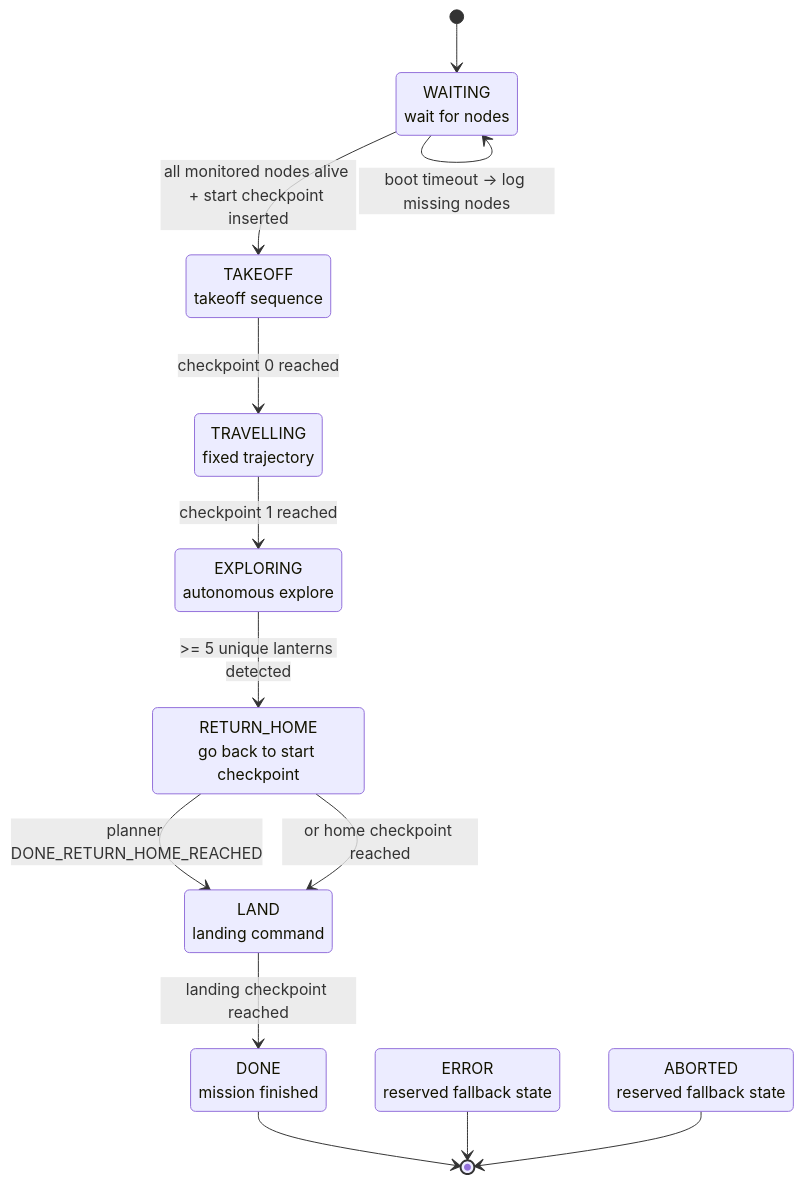
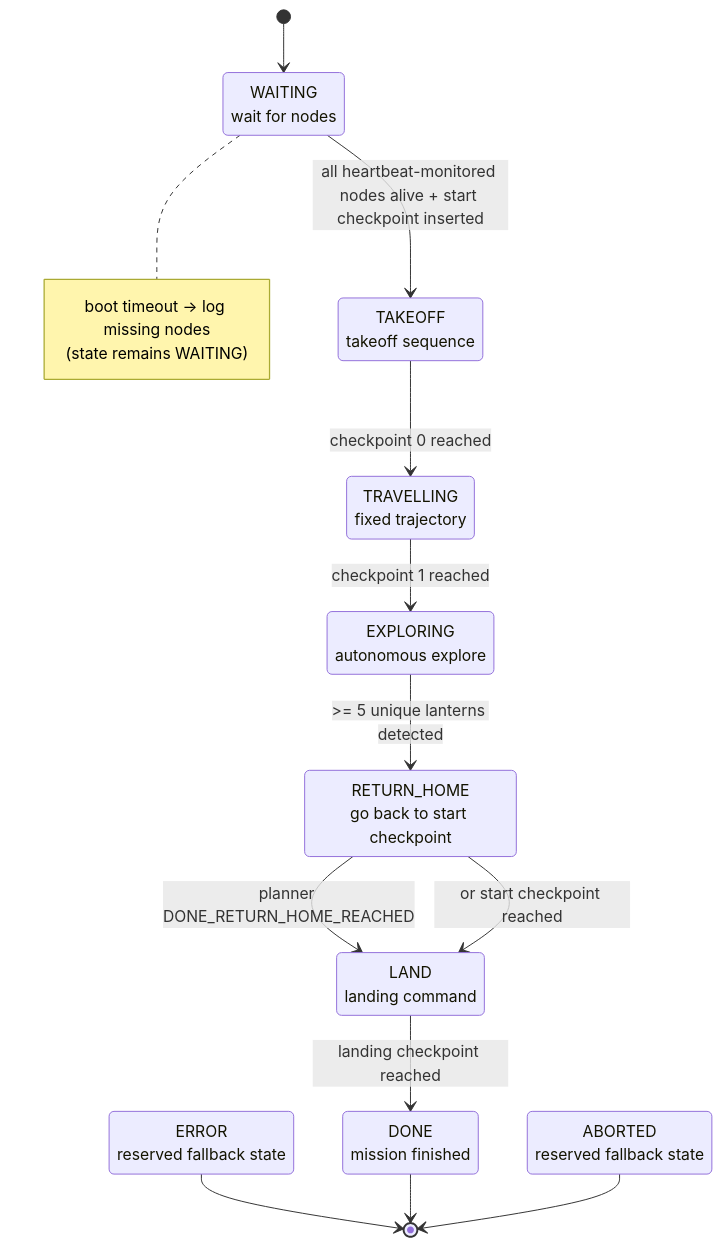
Before and after one commit to lkitzbichler/Autonomous-Systems-Sub-Terrain-Challenge-GR04: the fourth of 4 diagrams in README.md, drawn with Mermaid. The commit also changed 3 other files, not shown here.

Commit message:
update README state diagram and add docs/state_diagram.mmd aligned with statemachine logic

````diff
--- a/README.md
+++ b/README.md
@@ -545,27 +545,30 @@
 ```mermaid
 stateDiagram-v2
   state "WAITING<br>wait for nodes" as WAITING
   state "TAKEOFF<br>takeoff sequence" as TAKEOFF
   state "TRAVELLING<br>fixed trajectory" as TRAVELLING
   state "EXPLORING<br>autonomous explore" as EXPLORING
   state "RETURN_HOME<br>go back to start checkpoint" as RETURN_HOME
   state "LAND<br>landing command" as LAND
+  state "ERROR<br>reserved fallback state" as ERROR
   state "DONE<br>mission finished" as DONE
-  state "ERROR<br>reserved fallback state" as ERROR
   state "ABORTED<br>reserved fallback state" as ABORTED
 
   [*] --> WAITING
-  WAITING --> TAKEOFF: all monitored nodes alive + start checkpoint inserted
-  WAITING --> WAITING: boot timeout -> log missing nodes
+  WAITING --> TAKEOFF: all heartbeat-monitored nodes alive + start checkpoint inserted
+  note right of WAITING
+    boot timeout -> log missing nodes
+    (state remains WAITING)
+  end note
   TAKEOFF --> TRAVELLING: checkpoint 0 reached
   TRAVELLING --> EXPLORING: checkpoint 1 reached
   EXPLORING --> RETURN_HOME: >= 5 unique lanterns detected
   RETURN_HOME --> LAND: planner DONE_RETURN_HOME_REACHED
-  RETURN_HOME --> LAND: or home checkpoint reached
+  RETURN_HOME --> LAND: or start checkpoint reached
   LAND --> DONE: landing checkpoint reached
 
+  ERROR --> [*]
   DONE --> [*]
-  ERROR --> [*]
   ABORTED --> [*]
 
 ```
````
